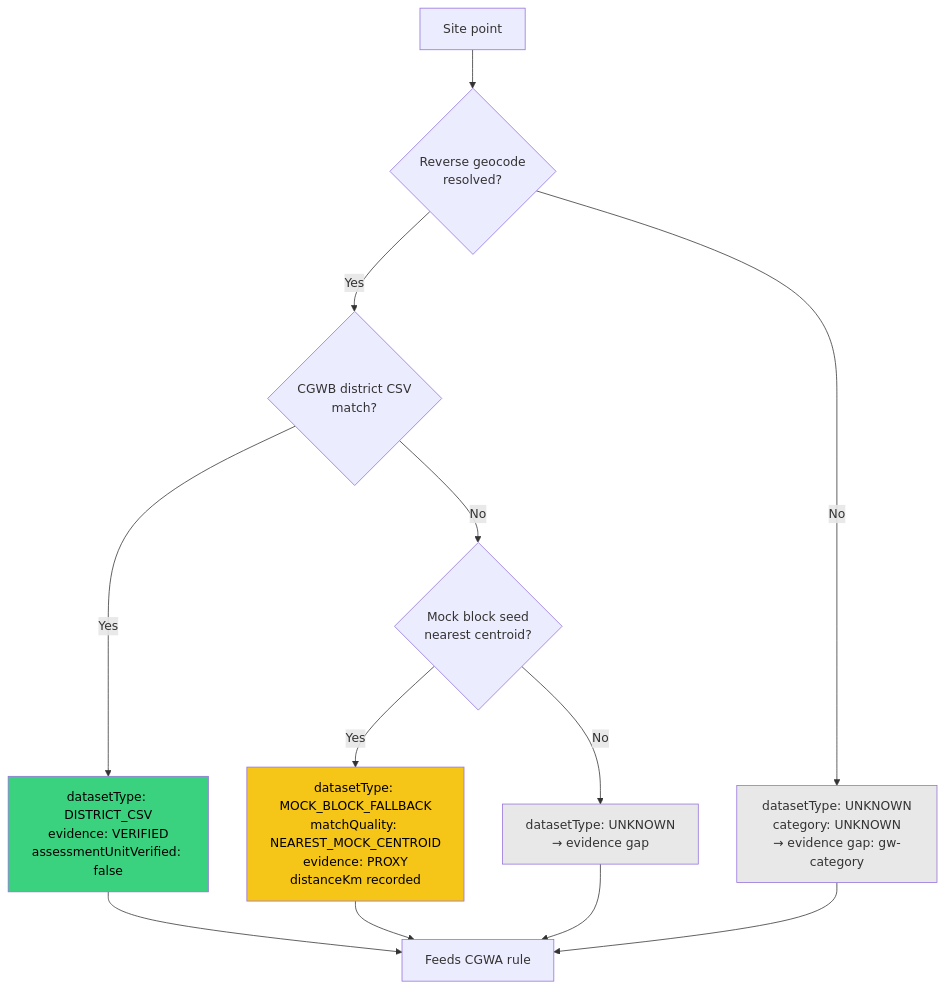
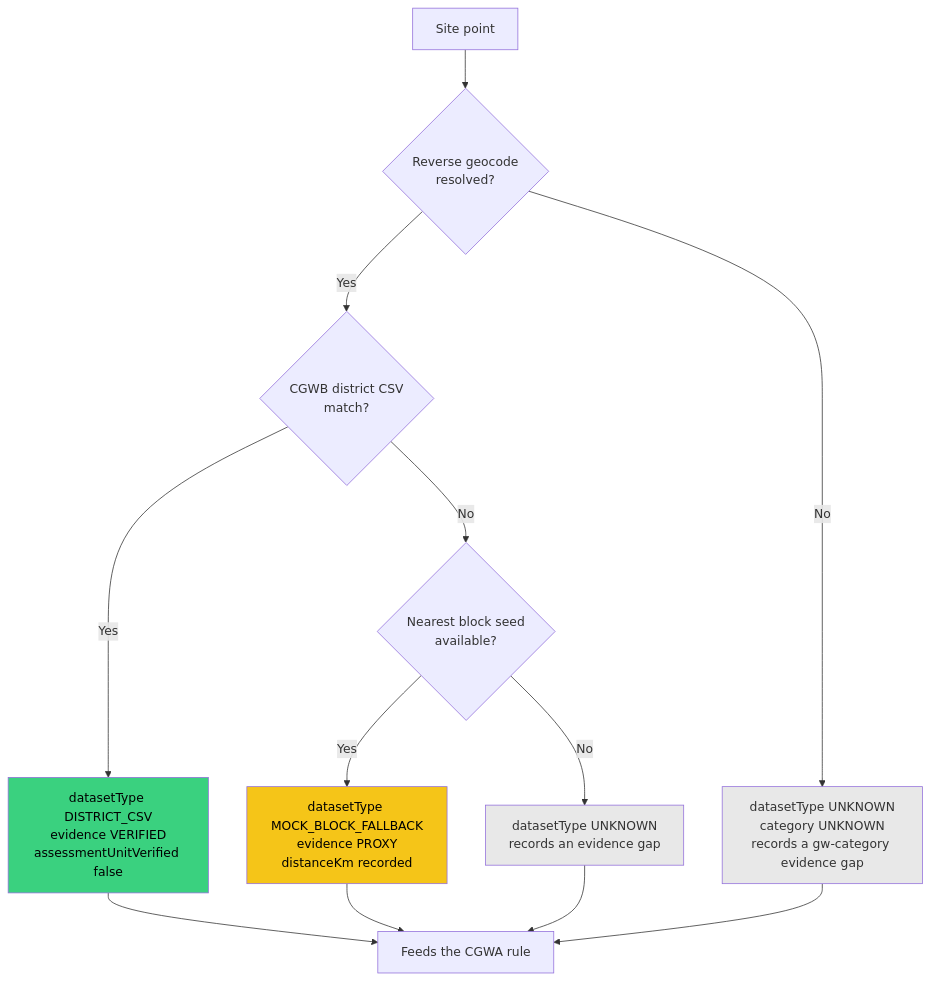
One commit to dsouza-shaun/jaldrishti changed the sixth of 7 diagrams in TECHNICAL_APPROACH.md. Above: the diagram before and after it, drawn with Mermaid. The commit also changed other lines of this file and 14 other files, not shown here.

````diff
--- a/TECHNICAL_APPROACH.md
+++ b/TECHNICAL_APPROACH.md
@@ -552,20 +418,20 @@
 ```mermaid
 flowchart TD
     S["Site point"] --> A{"Reverse geocode<br/>resolved?"}
-    A -->|No| D1["datasetType: UNKNOWN<br/>category: UNKNOWN<br/>→ evidence gap: gw-category"]
+    A -->|No| D1["datasetType UNKNOWN<br/>category UNKNOWN<br/>records a gw-category evidence gap"]
     A -->|Yes| B{"CGWB district CSV<br/>match?"}
-    B -->|Yes| C1["datasetType: DISTRICT_CSV<br/>evidence: VERIFIED<br/>assessmentUnitVerified: false"]
-    B -->|No| C2{"Mock block seed<br/>nearest centroid?"}
-    C2 -->|Yes| C3["datasetType: MOCK_BLOCK_FALLBACK<br/>matchQuality: NEAREST_MOCK_CENTROID<br/>evidence: PROXY<br/>distanceKm recorded"]
-    C2 -->|No| C4["datasetType: UNKNOWN<br/>→ evidence gap"]
+    B -->|Yes| C1["datasetType DISTRICT_CSV<br/>evidence VERIFIED<br/>assessmentUnitVerified false"]
+    B -->|No| C2{"Nearest block seed<br/>available?"}
+    C2 -->|Yes| C3["datasetType MOCK_BLOCK_FALLBACK<br/>evidence PROXY<br/>distanceKm recorded"]
+    C2 -->|No| C4["datasetType UNKNOWN<br/>records an evidence gap"]
 
-    C1 --> R["Feeds CGWA rule"]
+    C1 --> R["Feeds the CGWA rule"]
     C3 --> R
     C4 --> R
     D1 --> R
 
     style C1 fill:#3ad17f,color:#000
     style C3 fill:#f5c518,color:#000
     style C4 fill:#e8e8e8
     style D1 fill:#e8e8e8
 ```
````
